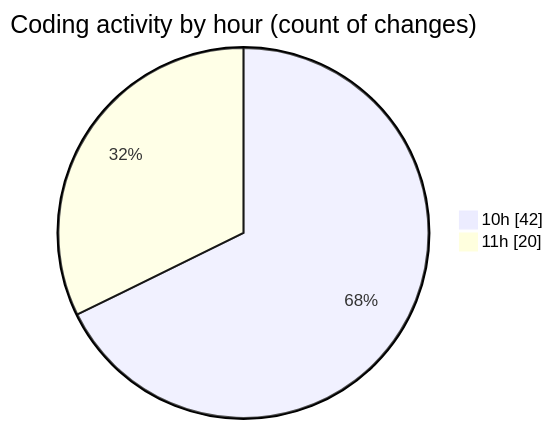
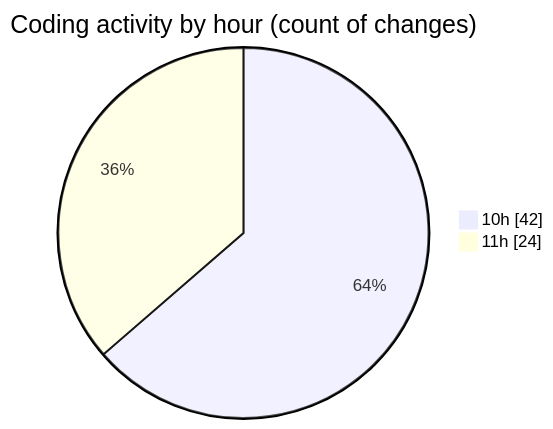
One commit to CELIANVF/code-tracking changed the second of 2 diagrams in 2025-05-15/ecodeli-1/README.md. Above: the diagram before and after it, drawn with Mermaid. The commit also changed other lines of this file and 1 other file, not shown here.

````diff
--- a/2025-05-15/ecodeli-1/README.md
+++ b/2025-05-15/ecodeli-1/README.md
@@ -55,6 +55,6 @@
 ```mermaid
 pie showData
 title Coding activity by hour (count of changes)
 "10h" : 42
-"11h" : 20
+"11h" : 24
 ```
````
